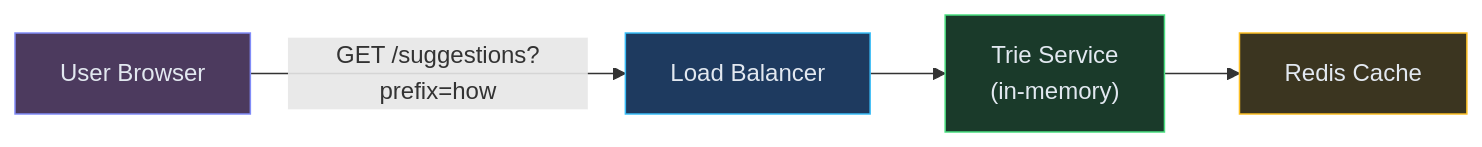
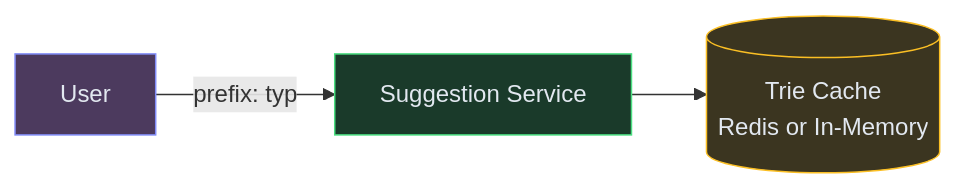
The second of 4 diagrams in content/hld/SearchAutocomplete.md (iluzn/HLD-Designs), drawn with Mermaid before and after one commit. The commit also changed other lines of this file and 8 other files, not shown here.

````diff
--- a/content/hld/SearchAutocomplete.md
+++ b/content/hld/SearchAutocomplete.md
@@ -158,16 +103,13 @@
 ```mermaid
 flowchart LR
-    USER["User Browser"]:::client
-    LB["Load Balancer"]:::edge
-    TRIE["Trie Service<br/>(in-memory)"]:::service
-    CACHE["Redis Cache"]:::data
+    USER["User"]:::client
+    API["Suggestion Service"]:::service
+    CACHE[("Trie Cache<br/>Redis or In-Memory")]:::data
 
-    USER -->|"GET /suggestions?prefix=how"| LB
-    LB --> TRIE
-    TRIE --> CACHE
+    USER -->|"prefix: typ"| API
+    API --> CACHE
 
     classDef client fill:#4c3a5e,stroke:#818cf8,color:#e2e8f0
-    classDef edge fill:#1e3a5f,stroke:#38bdf8,color:#e2e8f0
     classDef service fill:#1a3a2a,stroke:#4ade80,color:#e2e8f0
     classDef data fill:#3b3520,stroke:#fbbf24,color:#e2e8f0
 ```
````
